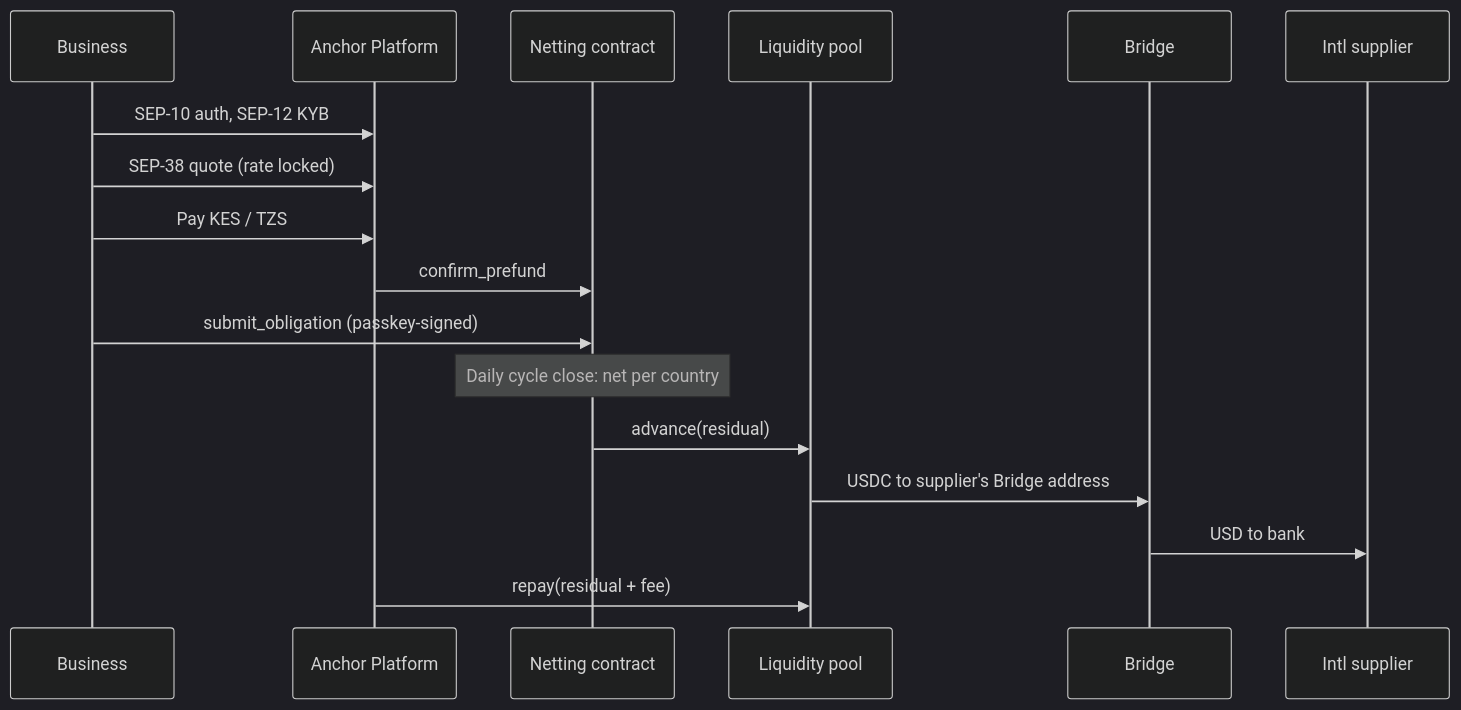
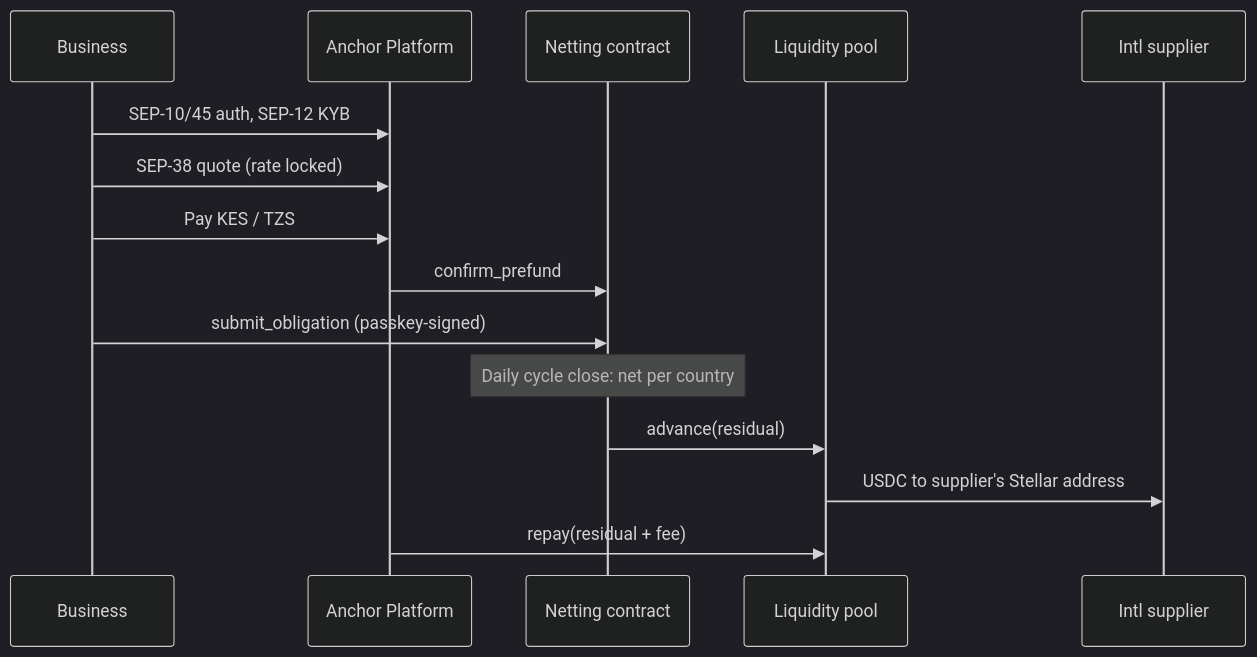
One commit to Rift-FI/Documents changed the second of 3 diagrams in Architecture.md. Above: the diagram before and after it, drawn with Mermaid (dark theme). The commit also changed other lines of this file, not shown here.

````diff
--- a/Architecture.md
+++ b/Architecture.md
@@ -46,20 +45,18 @@
 ```mermaid
 sequenceDiagram
   participant B as Business
   participant AP as Anchor Platform
   participant NC as Netting contract
   participant P as Liquidity pool
-  participant BR as Bridge
   participant S as Intl supplier
 
-  B->>AP: SEP-10 auth, SEP-12 KYB
+  B->>AP: SEP-10/45 auth, SEP-12 KYB
   B->>AP: SEP-38 quote (rate locked)
   B->>AP: Pay KES / TZS
   AP->>NC: confirm_prefund
   B->>NC: submit_obligation (passkey-signed)
   Note over NC: Daily cycle close: net per country
   NC->>P: advance(residual)
-  P->>BR: USDC to supplier's Bridge address
-  BR->>S: USD to bank
+  P->>S: USDC to supplier's Stellar address
   AP->>P: repay(residual + fee)
 ```
````
